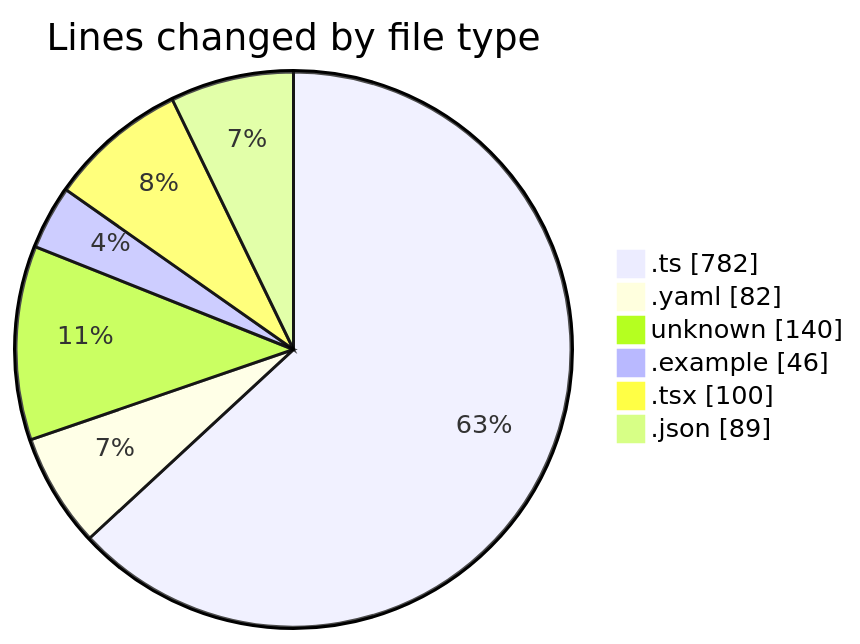
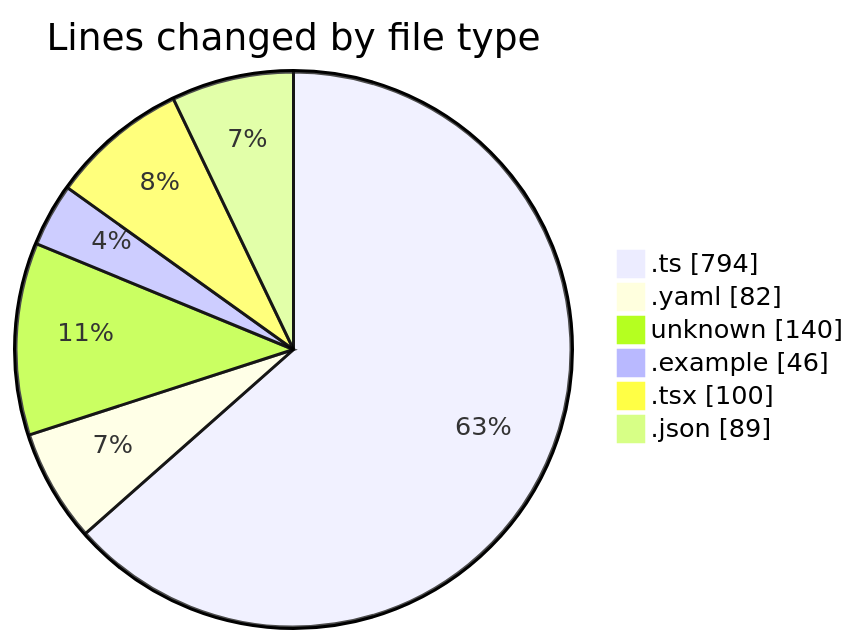
Before and after one commit to mevix1/code-tracking: the first of 2 diagrams in 2025-10-01/open-health/README.md, drawn with Mermaid. The commit also changed other lines of this file and 1 other file, not shown here.

````diff
--- a/2025-10-01/open-health/README.md
+++ b/2025-10-01/open-health/README.md
@@ -30,10 +31,10 @@
 ```mermaid
 pie showData
 title Lines changed by file type
-".ts" : 782
+".ts" : 794
 ".yaml" : 82
 "unknown" : 140
 ".example" : 46
 ".tsx" : 100
 ".json" : 89
 ```
````
